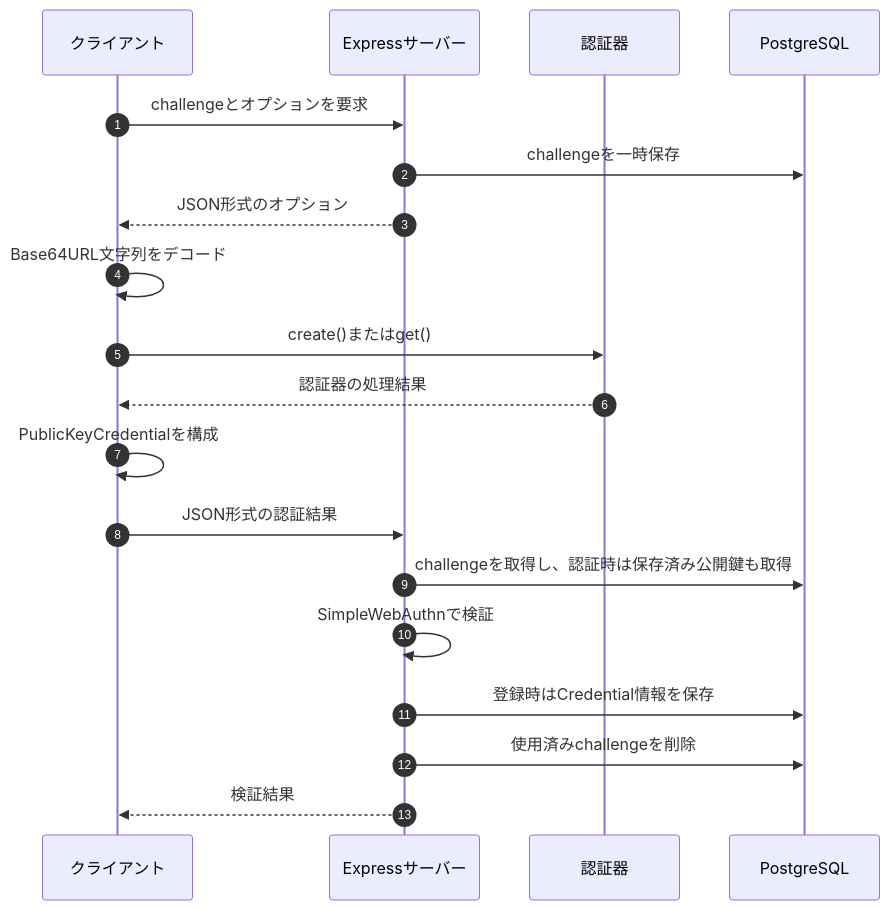
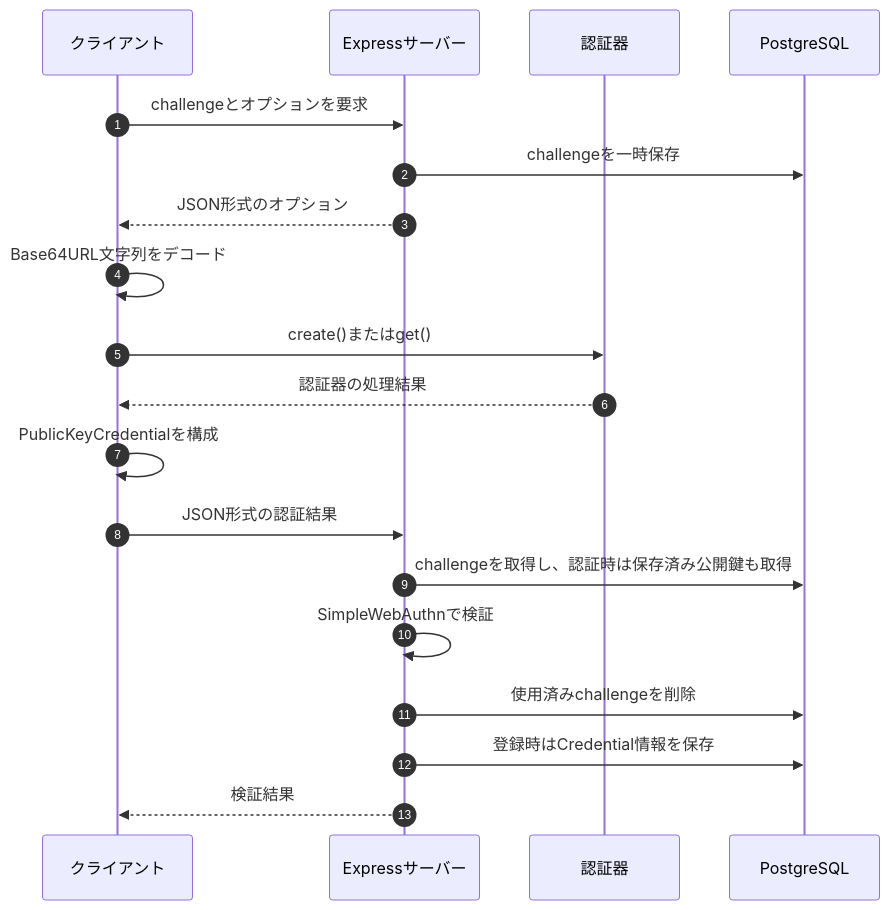
The diagram in passkey-implementation-draft.md (kapitantan/passkey_sandbox), drawn with Mermaid before and after one commit. The commit also changed other lines of this file, not shown here.

````diff
--- a/passkey-implementation-draft.md
+++ b/passkey-implementation-draft.md
@@ -50,22 +52,22 @@
 ```mermaid
 sequenceDiagram
     autonumber
     participant C as クライアント
     participant S as Expressサーバー
     participant A as 認証器
     participant DB as PostgreSQL
 
     C->>S: challengeとオプションを要求
     S->>DB: challengeを一時保存
     S-->>C: JSON形式のオプション
     C->>C: Base64URL文字列をデコード
     C->>A: create()またはget()
     A-->>C: 認証器の処理結果
     C->>C: PublicKeyCredentialを構成
     C->>S: JSON形式の認証結果
     S->>DB: challengeを取得し、認証時は保存済み公開鍵も取得
     S->>S: SimpleWebAuthnで検証
+    S->>DB: 使用済みchallengeを削除
     S->>DB: 登録時はCredential情報を保存
-    S->>DB: 使用済みchallengeを削除
     S-->>C: 検証結果
 ```
````
